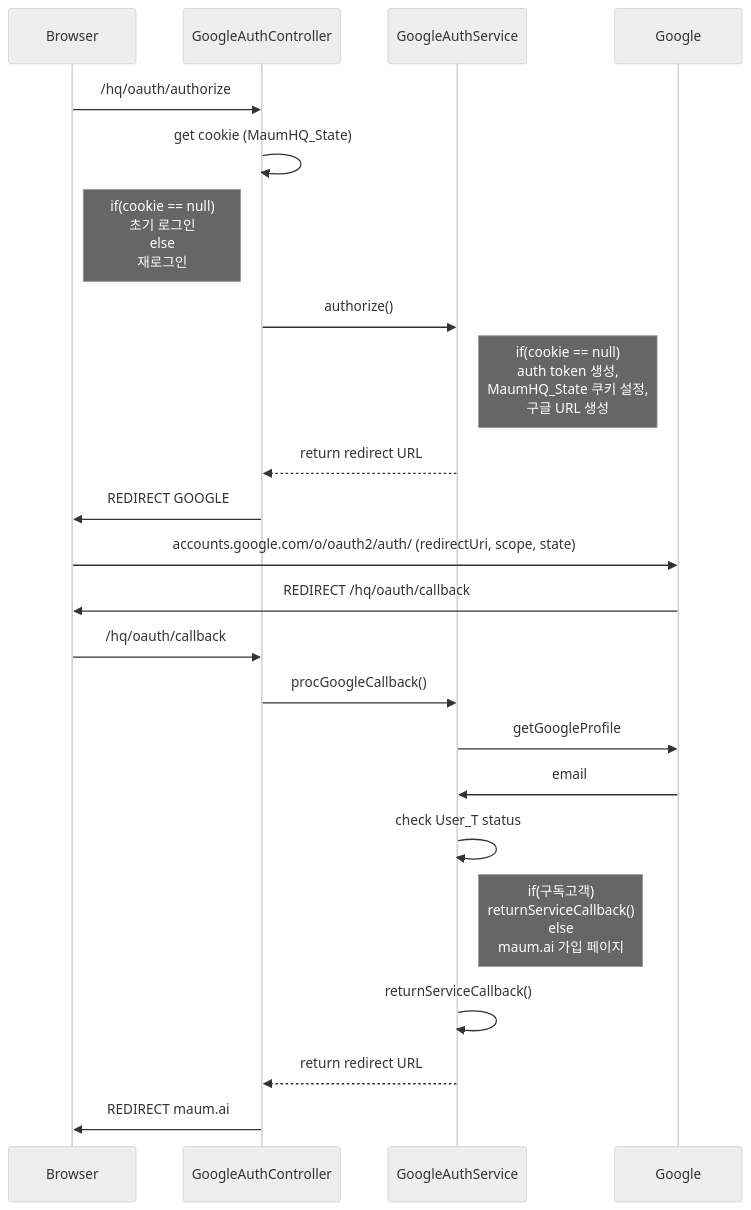
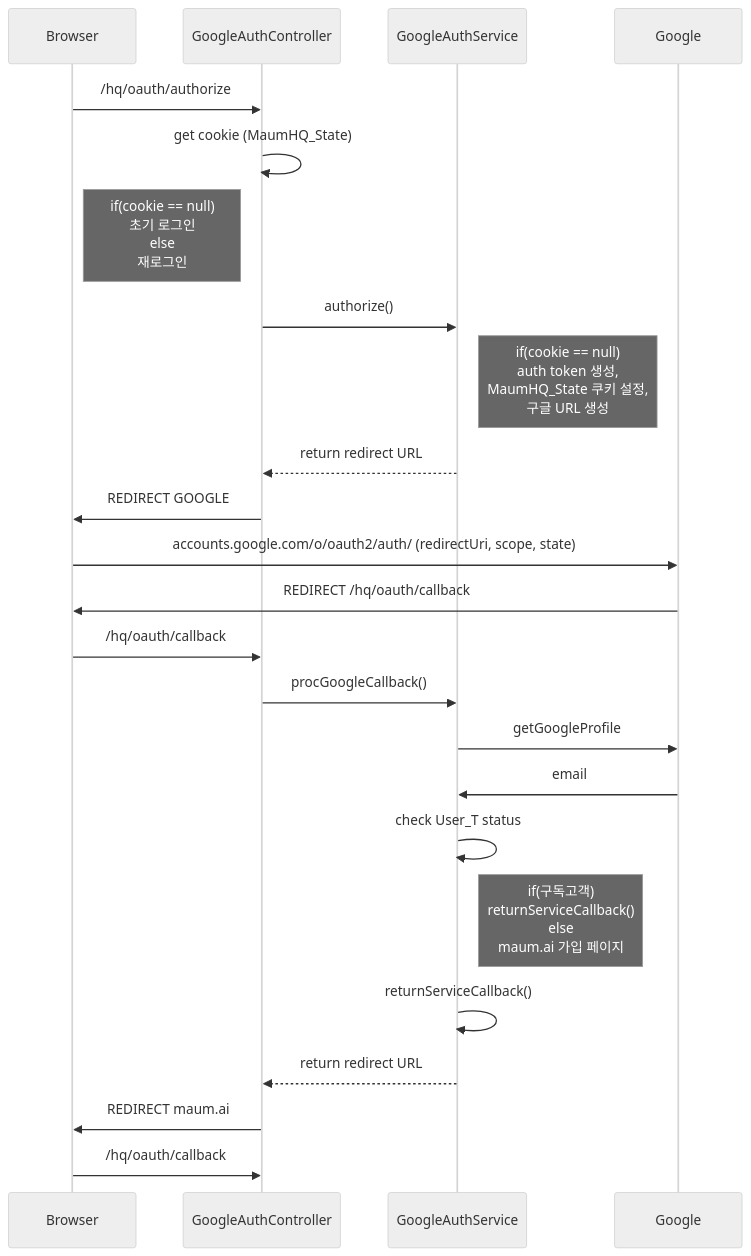
Before and after one commit to Ye-Jun/SSO: the first of 2 diagrams in Architecture.md, drawn with Mermaid (neutral theme). The commit also changed other lines of this file, not shown here.

Commit message:
Architecture.md updated from https://stackedit.io/

````diff
--- a/Architecture.md
+++ b/Architecture.md
@@ -3,22 +3,24 @@
 ```mermaid
 sequenceDiagram
 Browser ->> GoogleAuthController : /hq/oauth/authorize
 GoogleAuthController ->> GoogleAuthController : get cookie (MaumHQ_State)
 Note left of GoogleAuthController: if(cookie == null)<br/>초기 로그인<br/> else<br/>재로그인
 GoogleAuthController ->> GoogleAuthService : authorize()
 Note right of GoogleAuthService : if(cookie == null) <br/>auth token 생성,<br/> MaumHQ_State 쿠키 설정, <br/>구글 URL 생성
 GoogleAuthService -->> GoogleAuthController : return redirect URL
 GoogleAuthController ->> Browser : REDIRECT GOOGLE
 Browser ->> Google : accounts.google.com/o/oauth2/auth/ (redirectUri, scope, state)
 Google ->> Browser : REDIRECT /hq/oauth/callback
 Browser ->> GoogleAuthController : /hq/oauth/callback
 GoogleAuthController ->> GoogleAuthService : procGoogleCallback()
 GoogleAuthService ->> Google : getGoogleProfile
 Google ->> GoogleAuthService : email
 GoogleAuthService ->> GoogleAuthService : check User_T status
 Note right of GoogleAuthService : if(구독고객)<br/>returnServiceCallback()<br/>else<br/>maum.ai 가입 페이지
 GoogleAuthService ->> GoogleAuthService : returnServiceCallback()
 GoogleAuthService -->> GoogleAuthController : return redirect URL
 GoogleAuthController ->> Browser : REDIRECT maum.ai
+Browser ->> GoogleAuthController : /hq/oauth/callback
+
 
 ```
````
